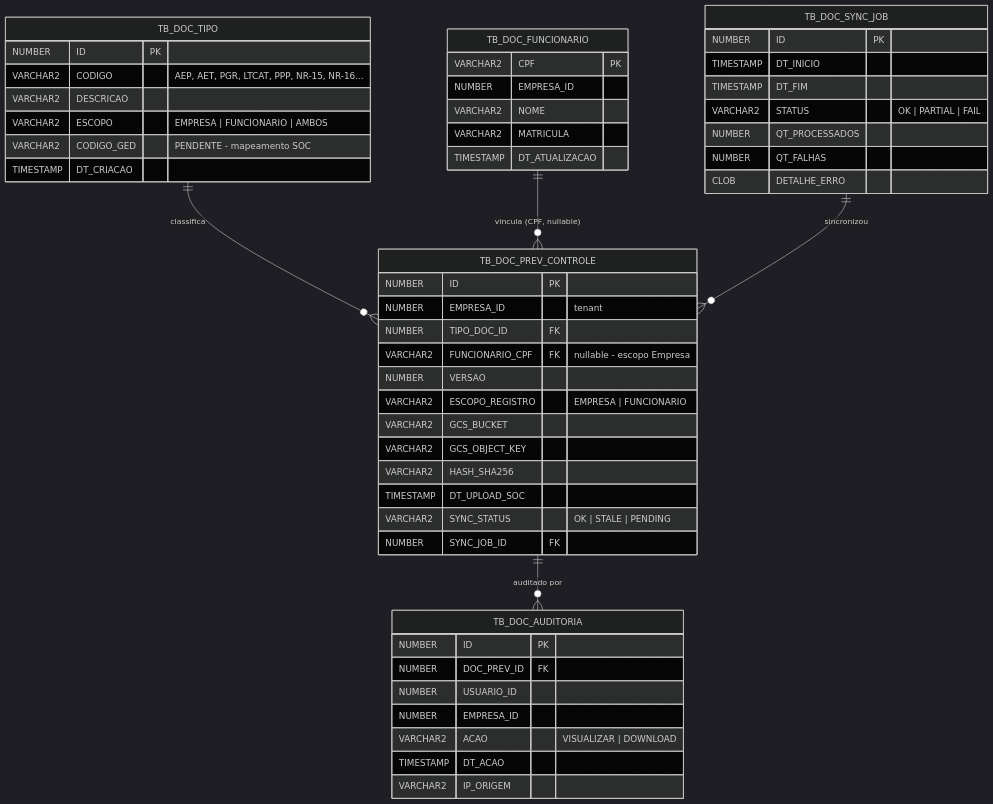
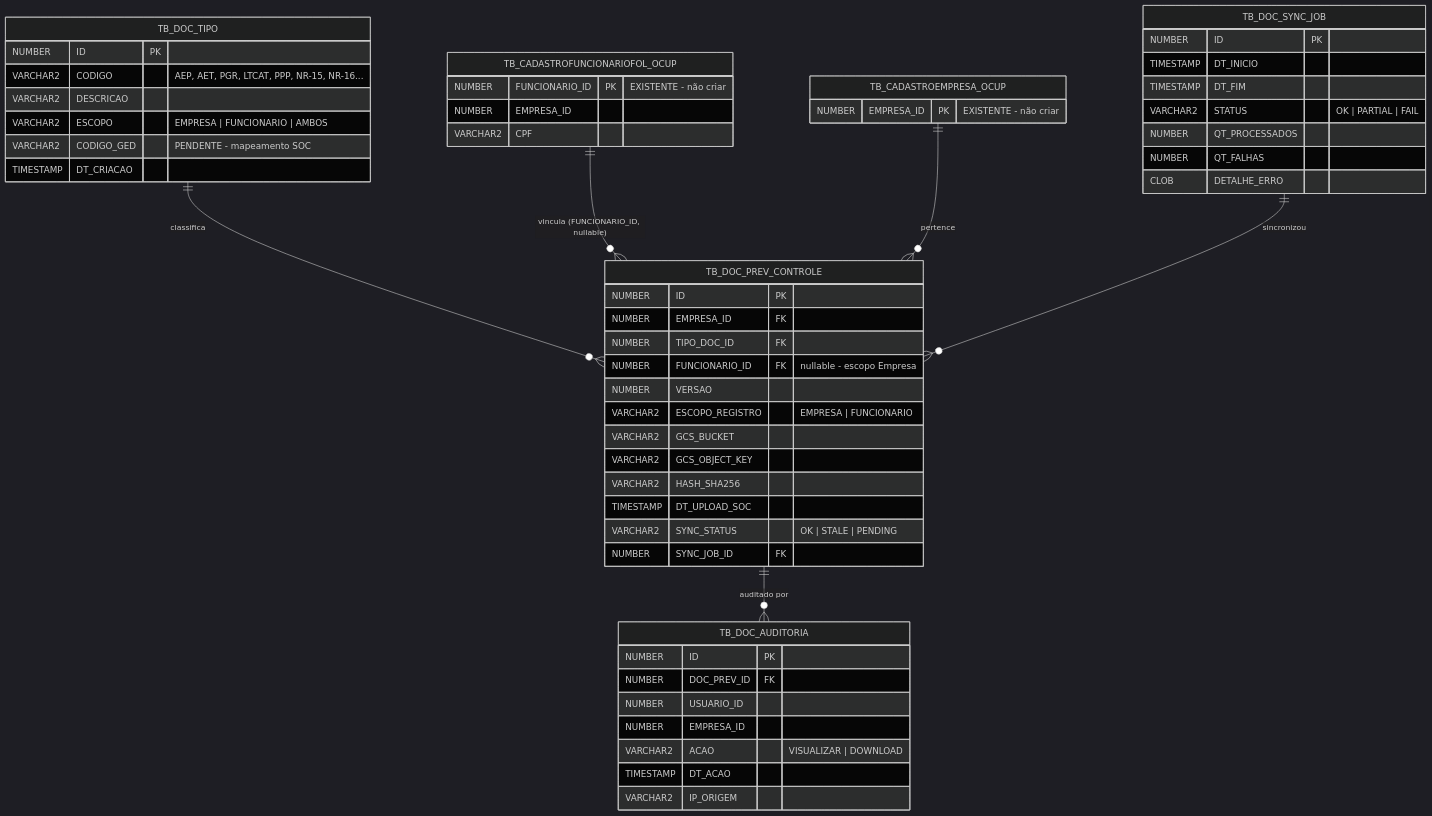
Before and after one commit to developerfelipemoraes/minhas.pocs.gcp: the second of 2 diagrams in download/ADR-248562-portal-ocupacional-prevencao-controle.md, drawn with Mermaid (dark theme). The commit also changed other lines of this file and 23 other files, not shown here.

````diff
--- a/download/ADR-248562-portal-ocupacional-prevencao-controle.md
+++ b/download/ADR-248562-portal-ocupacional-prevencao-controle.md
@@ -209,59 +208,62 @@
 ```mermaid
 erDiagram
     TB_DOC_TIPO ||--o{ TB_DOC_PREV_CONTROLE : "classifica"
-    TB_DOC_FUNCIONARIO ||--o{ TB_DOC_PREV_CONTROLE : "vincula (CPF, nullable)"
+    TB_CADASTROFUNCIONARIOFOL_OCUP ||--o{ TB_DOC_PREV_CONTROLE : "vincula (FUNCIONARIO_ID, nullable)"
+    TB_CADASTROEMPRESA_OCUP ||--o{ TB_DOC_PREV_CONTROLE : "pertence"
     TB_DOC_PREV_CONTROLE ||--o{ TB_DOC_AUDITORIA : "auditado por"
     TB_DOC_SYNC_JOB ||--o{ TB_DOC_PREV_CONTROLE : "sincronizou"
 
     TB_DOC_TIPO {
         NUMBER ID PK
         VARCHAR2 CODIGO "AEP, AET, PGR, LTCAT, PPP, NR-15, NR-16..."
         VARCHAR2 DESCRICAO
         VARCHAR2 ESCOPO "EMPRESA | FUNCIONARIO | AMBOS"
         VARCHAR2 CODIGO_GED "PENDENTE - mapeamento SOC"
         TIMESTAMP DT_CRIACAO
     }
 
     TB_DOC_PREV_CONTROLE {
         NUMBER ID PK
-        NUMBER EMPRESA_ID "tenant"
+        NUMBER EMPRESA_ID FK
         NUMBER TIPO_DOC_ID FK
-        VARCHAR2 FUNCIONARIO_CPF FK "nullable - escopo Empresa"
+        NUMBER FUNCIONARIO_ID FK "nullable - escopo Empresa"
         NUMBER VERSAO
         VARCHAR2 ESCOPO_REGISTRO "EMPRESA | FUNCIONARIO"
         VARCHAR2 GCS_BUCKET
         VARCHAR2 GCS_OBJECT_KEY
         VARCHAR2 HASH_SHA256
         TIMESTAMP DT_UPLOAD_SOC
         VARCHAR2 SYNC_STATUS "OK | STALE | PENDING"
         NUMBER SYNC_JOB_ID FK
     }
 
-    TB_DOC_FUNCIONARIO {
-        VARCHAR2 CPF PK
+    TB_CADASTROFUNCIONARIOFOL_OCUP {
+        NUMBER FUNCIONARIO_ID PK "EXISTENTE - não criar"
         NUMBER EMPRESA_ID
-        VARCHAR2 NOME
-        VARCHAR2 MATRICULA
-        TIMESTAMP DT_ATUALIZACAO
+        VARCHAR2 CPF
+    }
+
+    TB_CADASTROEMPRESA_OCUP {
+        NUMBER EMPRESA_ID PK "EXISTENTE - não criar"
     }
 
     TB_DOC_SYNC_JOB {
         NUMBER ID PK
         TIMESTAMP DT_INICIO
         TIMESTAMP DT_FIM
         VARCHAR2 STATUS "OK | PARTIAL | FAIL"
         NUMBER QT_PROCESSADOS
         NUMBER QT_FALHAS
         CLOB DETALHE_ERRO
     }
 
     TB_DOC_AUDITORIA {
         NUMBER ID PK
         NUMBER DOC_PREV_ID FK
         NUMBER USUARIO_ID
         NUMBER EMPRESA_ID
         VARCHAR2 ACAO "VISUALIZAR | DOWNLOAD"
         TIMESTAMP DT_ACAO
         VARCHAR2 IP_ORIGEM
     }
 ```
````
